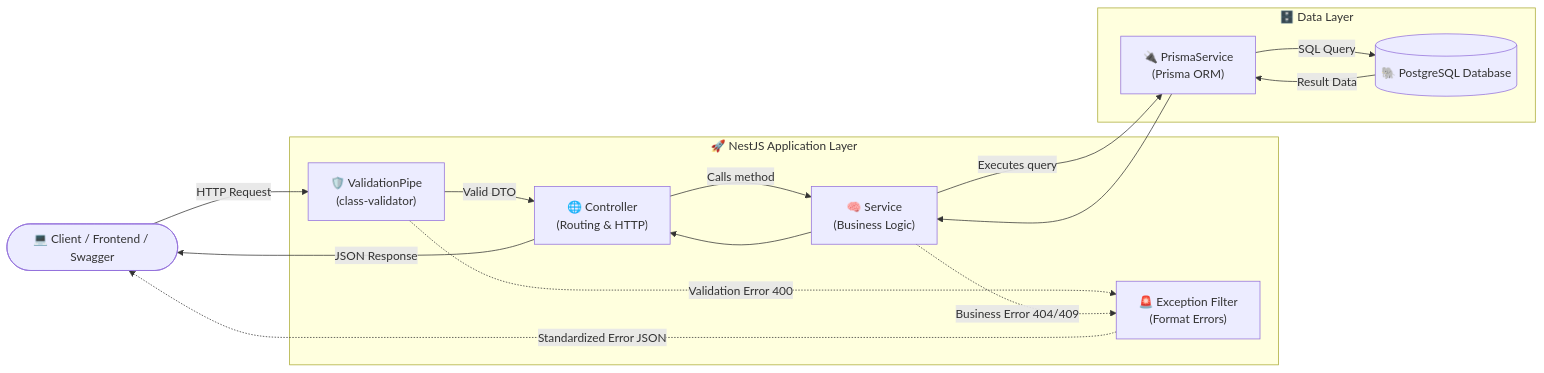
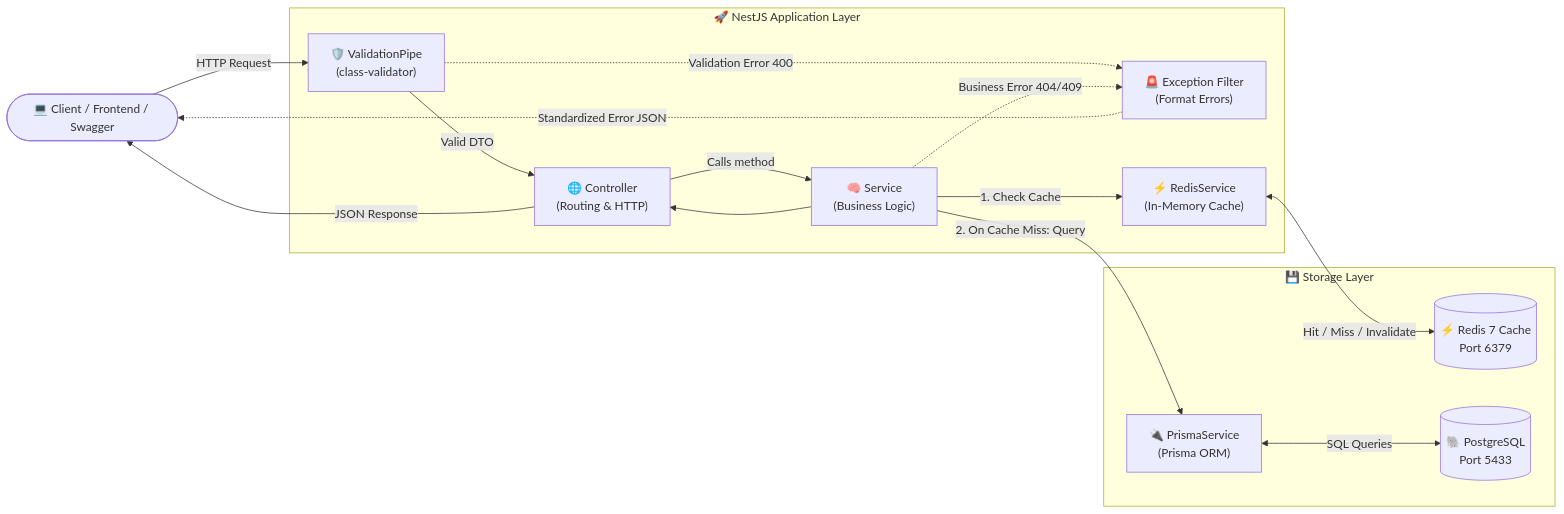
Before and after one commit to AranGit/nestjs-prisma-blog-api: the first of 2 diagrams in README.md, drawn with Mermaid. The commit also changed other lines of this file and 9 other files, not shown here.

Commit message:
feat(cache): implement Redis caching with Cache-Aside pattern, safe invalidation, and comprehensive unit tests

````diff
--- a/README.md
+++ b/README.md
@@ -24,30 +25,35 @@
 ```mermaid
 flowchart LR
     Client([💻 Client / Frontend / Swagger])
     
     subgraph NestJS ["🚀 NestJS Application Layer"]
         Pipe["🛡️ ValidationPipe\n(class-validator)"]
         Filter["🚨 Exception Filter\n(Format Errors)"]
         Controller["🌐 Controller\n(Routing & HTTP)"]
         Service["🧠 Service\n(Business Logic)"]
+        RedisServ["⚡ RedisService\n(In-Memory Cache)"]
     end
     
-    subgraph DataLayer ["🗄️ Data Layer"]
+    subgraph Storage ["💾 Storage Layer"]
+        Redis[(⚡ Redis 7 Cache\nPort 6379)]
         PrismaService["🔌 PrismaService\n(Prisma ORM)"]
-        Postgres[(🐘 PostgreSQL Database)]
+        Postgres[(🐘 PostgreSQL\nPort 5433)]
     end
 
     Client -->|HTTP Request| Pipe
     Pipe -->|Valid DTO| Controller
     Controller -->|Calls method| Service
-    Service -->|Executes query| PrismaService
-    PrismaService -->|SQL Query| Postgres
-    Postgres -->|Result Data| PrismaService
-    PrismaService --> Service
+
+    Service -->|1. Check Cache| RedisServ
+    RedisServ <-->|Hit / Miss / Invalidate| Redis
+
+    Service -->|2. On Cache Miss: Query| PrismaService
+    PrismaService <-->|SQL Queries| Postgres
+
     Service --> Controller
     Controller -->|JSON Response| Client
     
     Pipe -.->|Validation Error 400| Filter
     Service -.->|Business Error 404/409| Filter
     Filter -.->|Standardized Error JSON| Client
 ```
````
